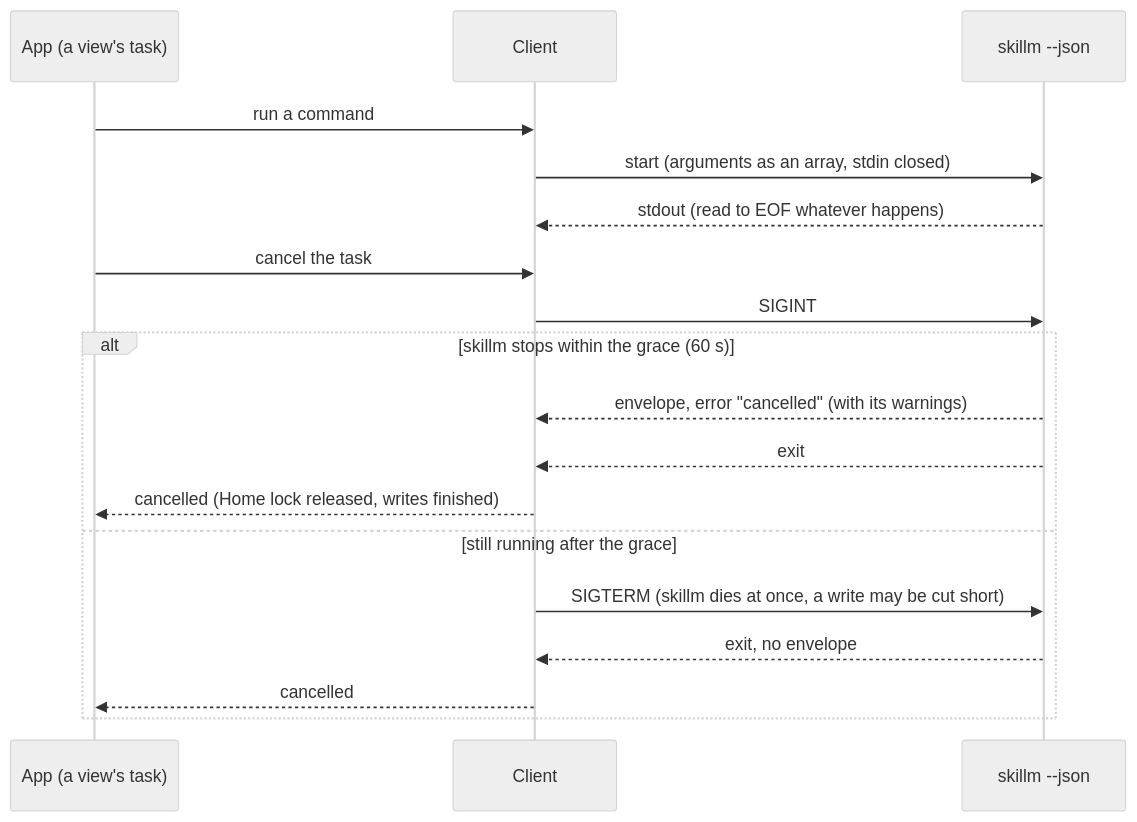
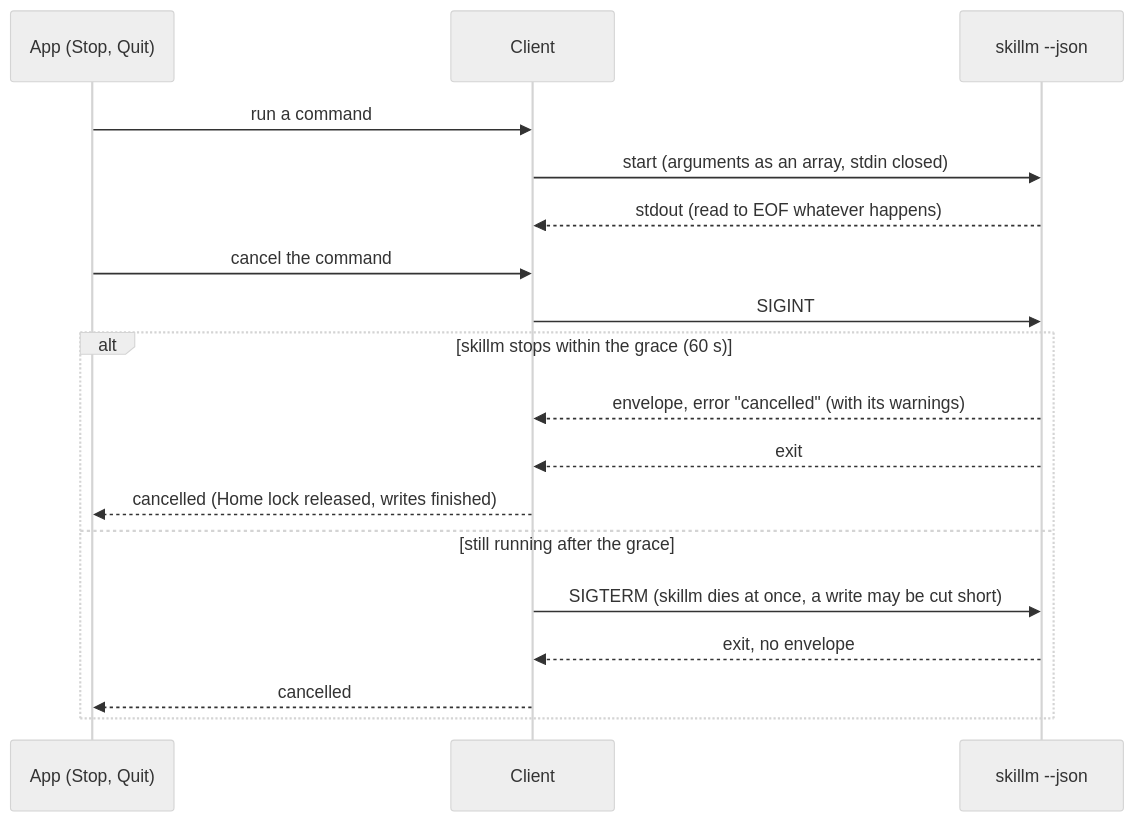
One commit to ultrakorne/skillm changed the diagram in docs/features/macos-app/FLOW.mermaid. Above: the diagram before and after it, drawn with Mermaid (neutral theme). The commit also changed 5 other files, not shown here.

```diff
--- a/docs/features/macos-app/FLOW.mermaid
+++ b/docs/features/macos-app/FLOW.mermaid
@@ -1,19 +1,19 @@
 sequenceDiagram
-    participant V as App (a view's task)
+    participant V as App (Stop, Quit)
     participant C as Client
     participant S as skillm --json
 
     V->>C: run a command
     C->>S: start (arguments as an array, stdin closed)
     S-->>C: stdout (read to EOF whatever happens)
-    V->>C: cancel the task
+    V->>C: cancel the command
     C->>S: SIGINT
     alt skillm stops within the grace (60 s)
         S-->>C: envelope, error "cancelled" (with its warnings)
         S-->>C: exit
         C-->>V: cancelled (Home lock released, writes finished)
     else still running after the grace
         C->>S: SIGTERM (skillm dies at once, a write may be cut short)
         S-->>C: exit, no envelope
         C-->>V: cancelled
     end
```
